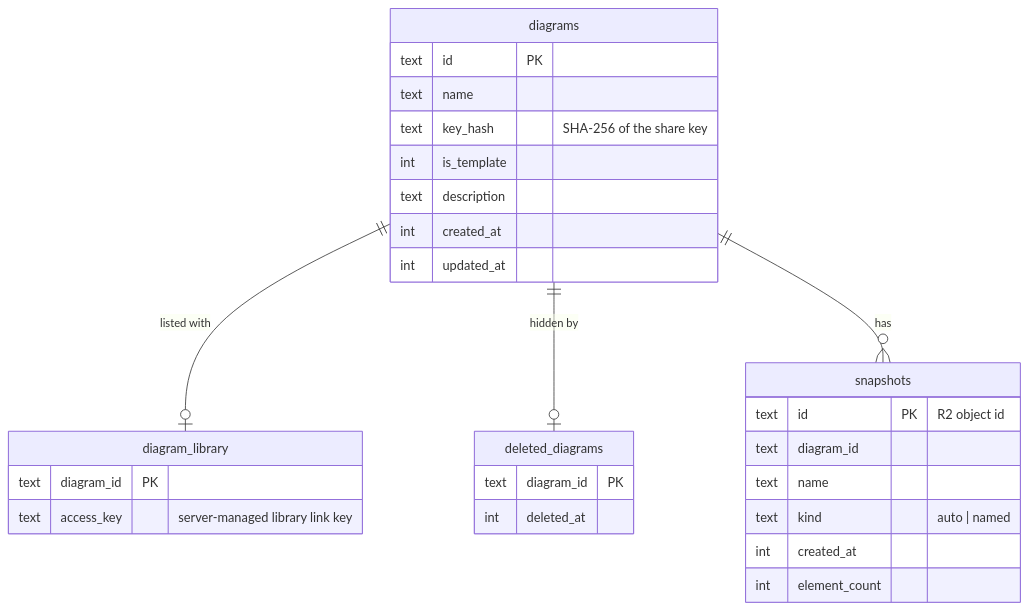
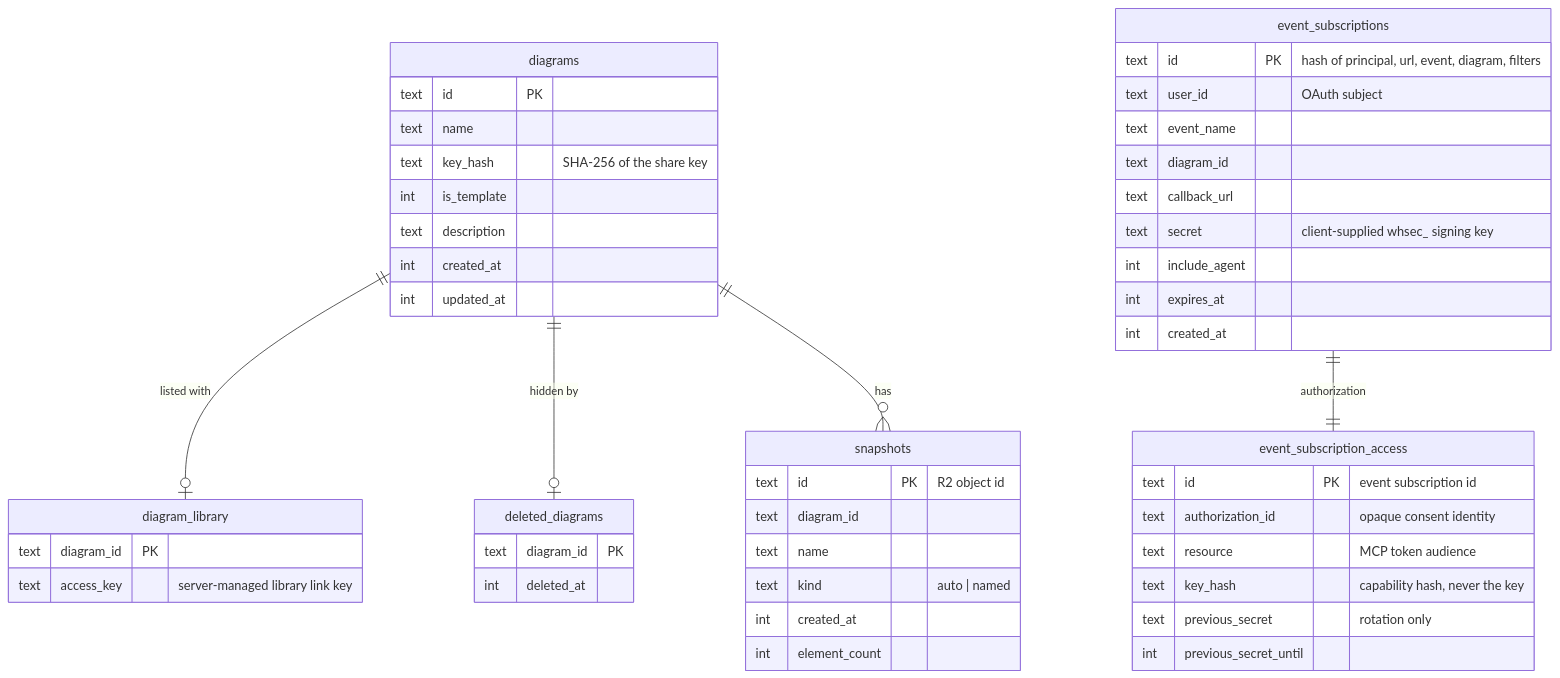
Before and after one commit to aranlucas/system-design-companion: the fifth of 10 diagrams in docs/design.md, drawn with Mermaid. The commit also changed other lines of this file and 27 other files, not shown here.

Commit message:
Add OAuth authorization and MCP webhook events

````diff
--- a/docs/design.md
+++ b/docs/design.md
@@ -175,31 +176,52 @@
 ```mermaid
 erDiagram
     diagrams ||--o| diagram_library : "listed with"
     diagrams ||--o| deleted_diagrams : "hidden by"
     diagrams ||--o{ snapshots : "has"
     diagrams {
         text id PK
         text name
         text key_hash "SHA-256 of the share key"
         int is_template
         text description
         int created_at
         int updated_at
     }
     diagram_library {
         text diagram_id PK
         text access_key "server-managed library link key"
     }
     deleted_diagrams {
         text diagram_id PK
         int deleted_at
     }
     snapshots {
         text id PK "R2 object id"
         text diagram_id
         text name
         text kind "auto | named"
         int created_at
         int element_count
     }
+    event_subscriptions {
+        text id PK "hash of principal, url, event, diagram, filters"
+        text user_id "OAuth subject"
+        text event_name
+        text diagram_id
+        text callback_url
+        text secret "client-supplied whsec_ signing key"
+        int include_agent
+        int expires_at
+        int created_at
+    }
+    event_subscription_access {
+        text id PK "event subscription id"
+        text authorization_id "opaque consent identity"
+        text resource "MCP token audience"
+        text key_hash "capability hash, never the key"
+        text previous_secret "rotation only"
+        int previous_secret_until
+    }
+    event_subscriptions ||--|| event_subscription_access : authorization
+
 ```
````
